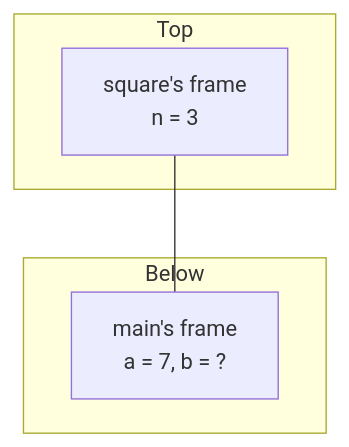
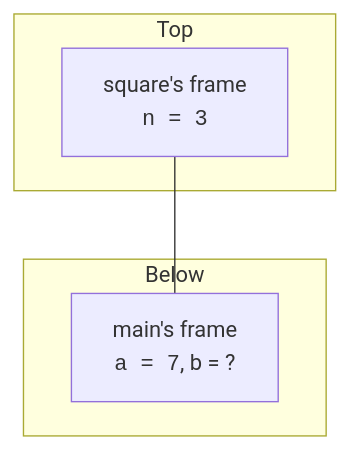
One commit to dataslope/dataslope changed the second of 2 diagrams in content/learn/c-programming-for-beginners/functions.mdx. Above: the diagram before and after it, drawn with Mermaid. The commit also changed other lines of this file and 218 other files, not shown here.

First line of the commit message:
Render code-only mermaid shapes in monospace; convert step sequences to Steps (#467)

````diff
--- a/content/learn/c-programming-for-beginners/functions.mdx
+++ b/content/learn/c-programming-for-beginners/functions.mdx
@@ -189,10 +189,10 @@
 ```mermaid
 flowchart TB
     subgraph Top
-      F1["square's frame<br/>n = 3"]
+      F1["square's frame<br/><code>n = 3</code>"]
     end
     subgraph Below
-      F2["main's frame<br/>a = 7, b = ?"]
+      F2["main's frame<br/><code>a = 7</code>, b = ?"]
     end
     F1 --- F2
 ```
````
